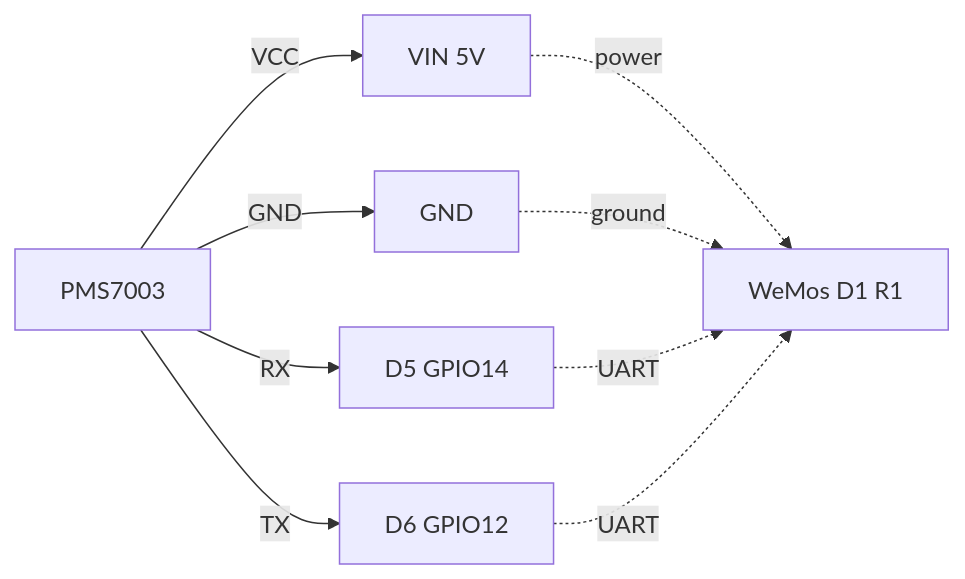
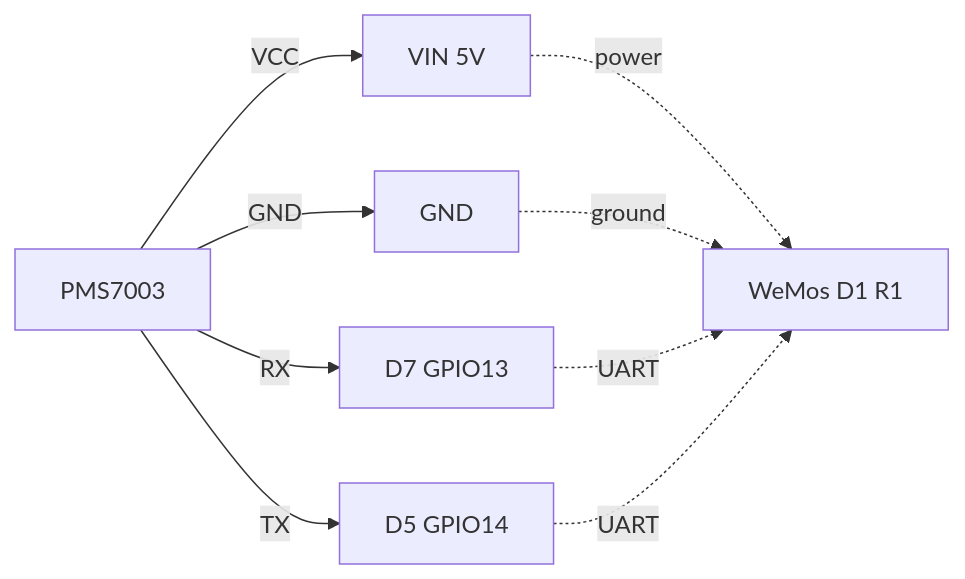
One commit to phukrit7171/pms7003-esp8266-cloud changed the second of 2 diagrams in README.md. Above: the diagram before and after it, drawn with Mermaid. The commit also changed other lines of this file and 6 other files, not shown here.

````diff
--- a/README.md
+++ b/README.md
@@ -95,11 +95,11 @@
 ```mermaid
 graph LR
   PMS[PMS7003] -- VCC --> VIN[VIN 5V]
   PMS -- GND --> GND[GND]
-  PMS -- RX --> D5[D5 GPIO14]
-  PMS -- TX --> D6[D6 GPIO12]
+  PMS -- RX --> D7[D7 GPIO13]
+  PMS -- TX --> D5[D5 GPIO14]
   VIN -. power .-> MCU[WeMos D1 R1]
   GND -. ground .-> MCU
+  D7 -. UART .-> MCU
   D5 -. UART .-> MCU
-  D6 -. UART .-> MCU
 ```
````
